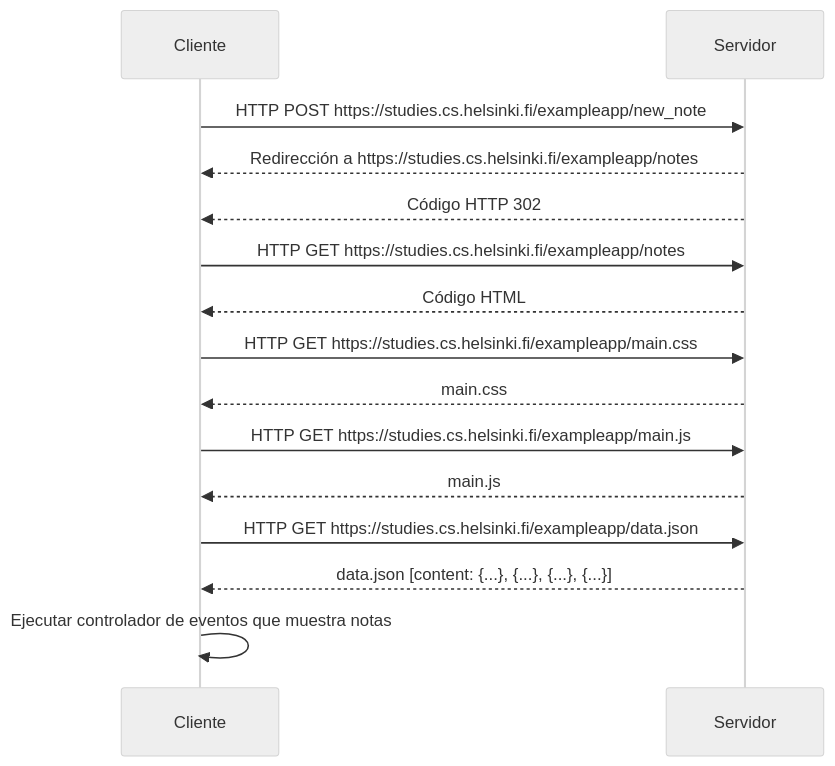
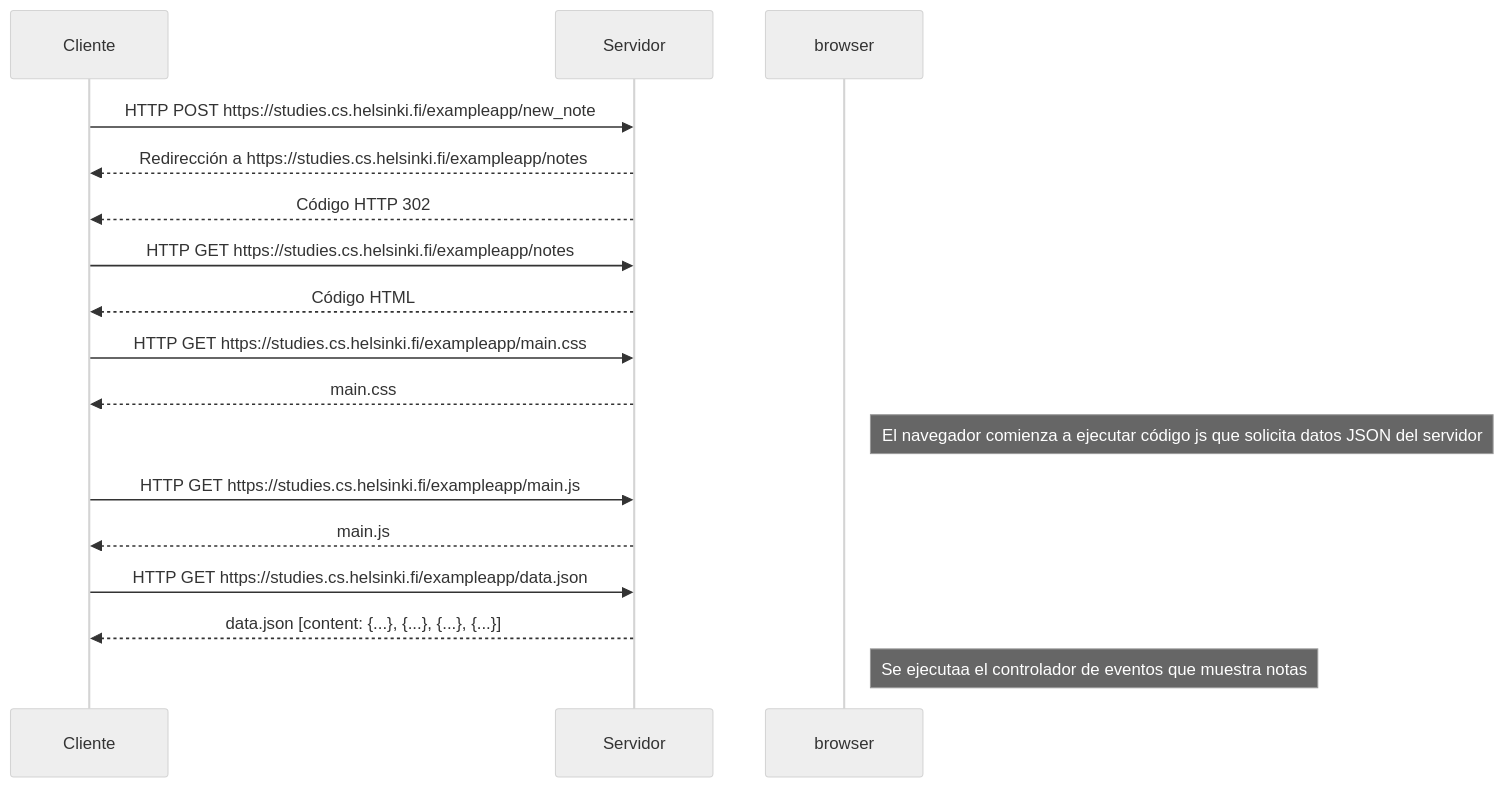
Before and after one commit to SebastianPera/Fullstackopen: the diagram in diagrama_secuencia.mmd, drawn with Mermaid (neutral theme).

```diff
--- a/diagrama_secuencia.mmd
+++ b/diagrama_secuencia.mmd
@@ -1,22 +1,24 @@
 
 sequenceDiagram
     participant Cliente
     participant Servidor
 
     Cliente->>Servidor: HTTP POST https://studies.cs.helsinki.fi/exampleapp/new_note
     Servidor-->>Cliente: Redirección a https://studies.cs.helsinki.fi/exampleapp/notes
     Servidor-->>Cliente: Código HTTP 302
 
     Cliente->>Servidor: HTTP GET https://studies.cs.helsinki.fi/exampleapp/notes
     Servidor-->>Cliente: Código HTML
 
     Cliente->>Servidor: HTTP GET https://studies.cs.helsinki.fi/exampleapp/main.css
     Servidor-->>Cliente: main.css
 
+    Note right of browser: El navegador comienza a ejecutar código js que solicita datos JSON del servidor
+
     Cliente->>Servidor: HTTP GET https://studies.cs.helsinki.fi/exampleapp/main.js
     Servidor-->>Cliente: main.js
 
     Cliente->>Servidor: HTTP GET https://studies.cs.helsinki.fi/exampleapp/data.json
     Servidor-->>Cliente: data.json [content: {...}, {...}, {...}, {...}]
 
-    Cliente->>Cliente: Ejecutar controlador de eventos que muestra notas
+    Note right of browser: Se ejecutaa el controlador de eventos que muestra notas
```
